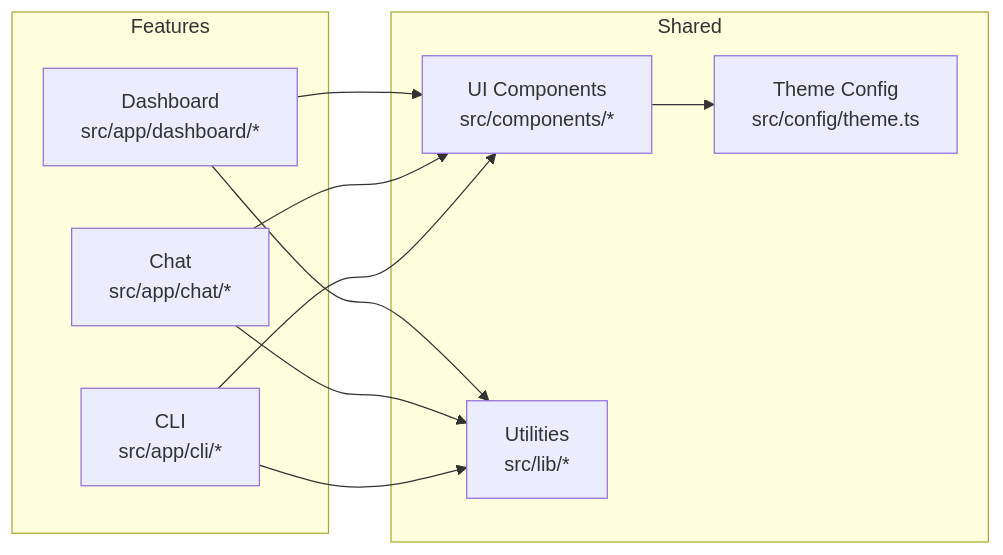
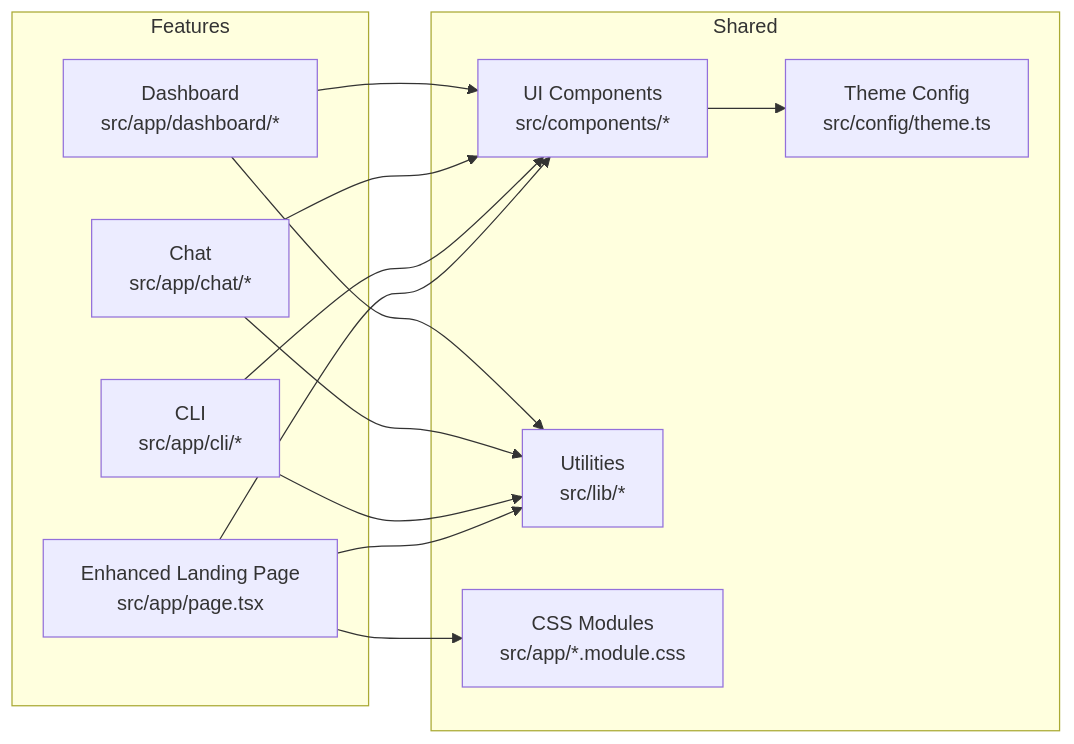
Before and after one commit to HassanAmeer/cheaprouter: the seventh of 8 diagrams in .qoder/repowiki/en/content/Frontend Architecture/Application Structure.md, drawn with Mermaid. The commit also changed other lines of this file and 10 other files, not shown here.

````diff
--- a/.qoder/repowiki/en/content/Frontend Architecture/Application Structure.md
+++ b/.qoder/repowiki/en/content/Frontend Architecture/Application Structure.md
@@ -371,20 +428,25 @@
 ```mermaid
 graph LR
 subgraph "Features"
 D["Dashboard<br/>src/app/dashboard/*"]
 C["Chat<br/>src/app/chat/*"]
 CLI["CLI<br/>src/app/cli/*"]
+LP["Enhanced Landing Page<br/>src/app/page.tsx"]
 end
 subgraph "Shared"
 UI["UI Components<br/>src/components/*"]
 CFG["Theme Config<br/>src/config/theme.ts"]
 LIB["Utilities<br/>src/lib/*"]
+CSS["CSS Modules<br/>src/app/*.module.css"]
 end
 D --> UI
 C --> UI
 CLI --> UI
+LP --> UI
+LP --> CSS
 D --> LIB
 C --> LIB
 CLI --> LIB
+LP --> LIB
 UI --> CFG
 ```
````
